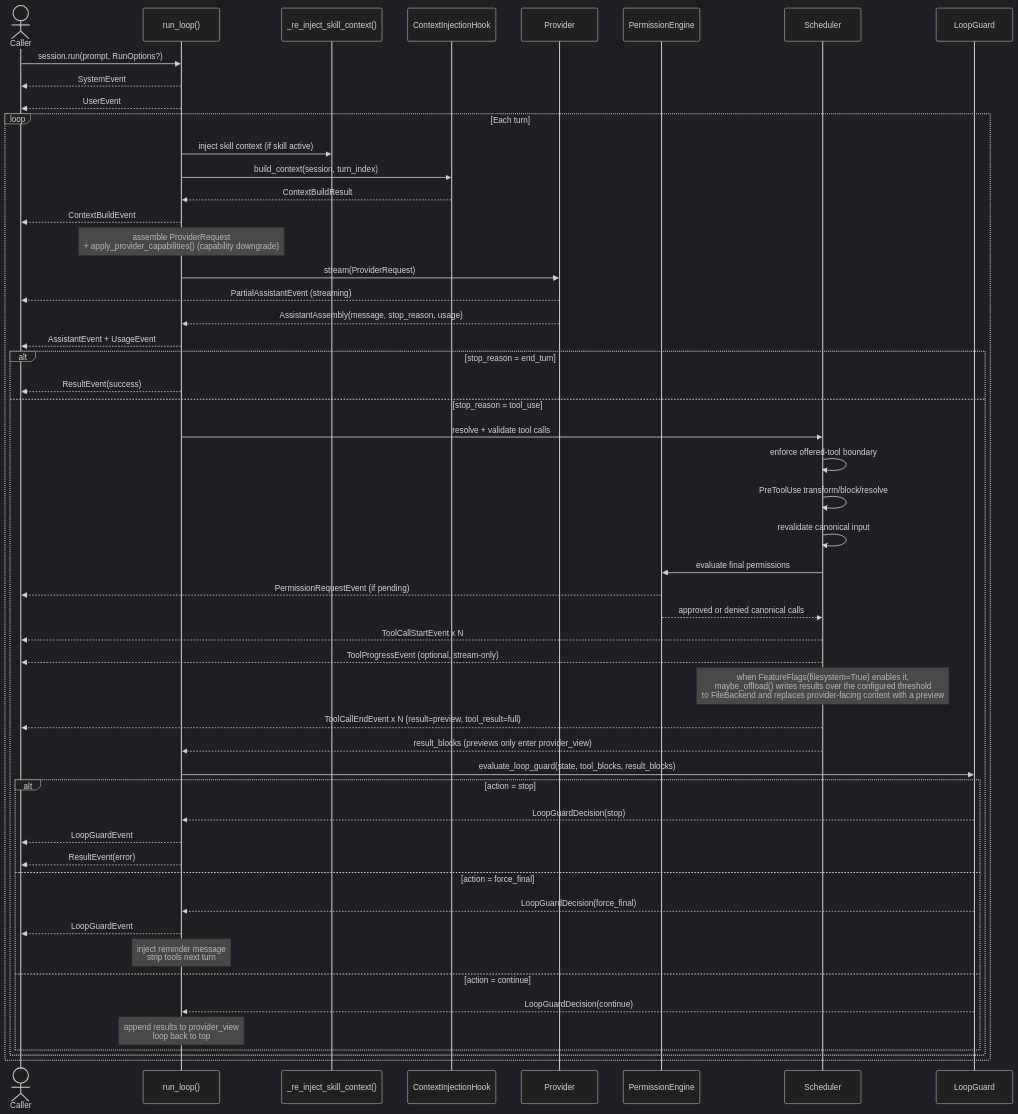
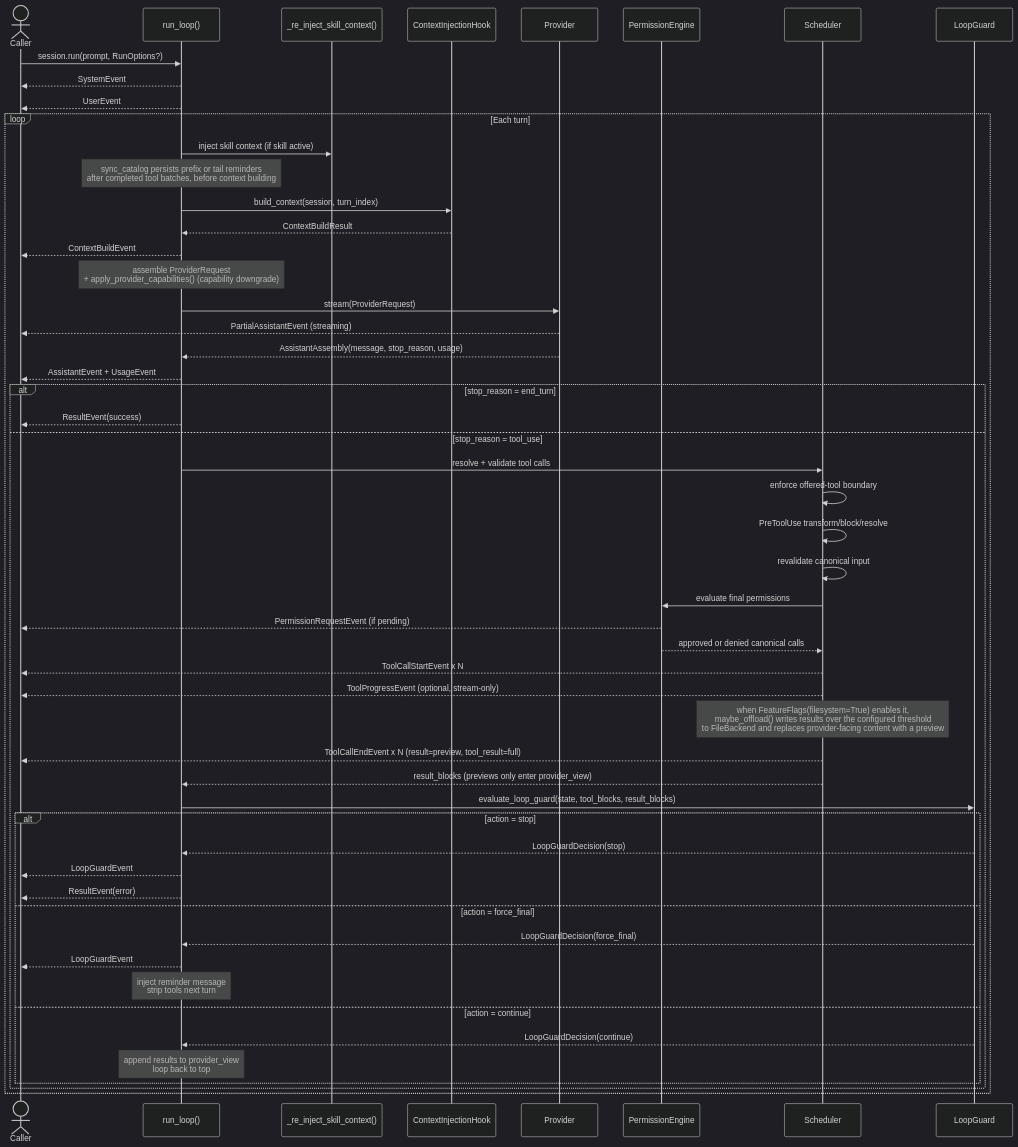
The diagram in docs/architecture/turn-lifecycle.md (DuyTa506/linch), drawn with Mermaid (dark theme) before and after one commit. The commit also changed other lines of this file and 7 other files, not shown here.

First line of the commit message:
Document catalog prefix behavior and remaining spec conflicts

````diff
--- a/docs/architecture/turn-lifecycle.md
+++ b/docs/architecture/turn-lifecycle.md
@@ -7,63 +7,64 @@
 ```mermaid
 sequenceDiagram
     actor Caller
     participant RL as run_loop()
     participant SK as _re_inject_skill_context()
     participant CB as ContextInjectionHook
     participant PR as Provider
     participant PE as PermissionEngine
     participant SC as Scheduler
     participant LG as LoopGuard
 
     Caller->>RL: session.run(prompt, RunOptions?)
     RL-->>Caller: SystemEvent
     RL-->>Caller: UserEvent
 
     loop Each turn
         RL->>SK: inject skill context (if skill active)
+        Note over RL: sync_catalog persists prefix or tail reminders<br/>after completed tool batches, before context building
         RL->>CB: build_context(session, turn_index)
         CB-->>RL: ContextBuildResult
         RL-->>Caller: ContextBuildEvent
 
         Note over RL: assemble ProviderRequest<br/>+ apply_provider_capabilities() (capability downgrade)
 
         RL->>PR: stream(ProviderRequest)
         PR-->>Caller: PartialAssistantEvent (streaming)
         PR-->>RL: AssistantAssembly(message, stop_reason, usage)
 
         RL-->>Caller: AssistantEvent + UsageEvent
 
         alt stop_reason = end_turn
             RL-->>Caller: ResultEvent(success)
         else stop_reason = tool_use
             RL->>SC: resolve + validate tool calls
             SC->>SC: enforce offered-tool boundary
             SC->>SC: PreToolUse transform/block/resolve
             SC->>SC: revalidate canonical input
             SC->>PE: evaluate final permissions
             PE-->>Caller: PermissionRequestEvent (if pending)
             PE-->>SC: approved or denied canonical calls
 
             SC-->>Caller: ToolCallStartEvent x N
             SC-->>Caller: ToolProgressEvent (optional, stream-only)
             Note over SC: when FeatureFlags(filesystem=True) enables it,<br/>maybe_offload() writes results over the configured threshold<br/>to FileBackend and replaces provider-facing content with a preview
             SC-->>Caller: ToolCallEndEvent x N (result=preview, tool_result=full)
             SC-->>RL: result_blocks (previews only enter provider_view)
 
             RL->>LG: evaluate_loop_guard(state, tool_blocks, result_blocks)
 
             alt action = stop
                 LG-->>RL: LoopGuardDecision(stop)
                 RL-->>Caller: LoopGuardEvent
                 RL-->>Caller: ResultEvent(error)
             else action = force_final
                 LG-->>RL: LoopGuardDecision(force_final)
                 RL-->>Caller: LoopGuardEvent
                 Note over RL: inject reminder message<br/>strip tools next turn
             else action = continue
                 LG-->>RL: LoopGuardDecision(continue)
                 Note over RL: append results to provider_view<br/>loop back to top
             end
         end
     end
 ```
````
